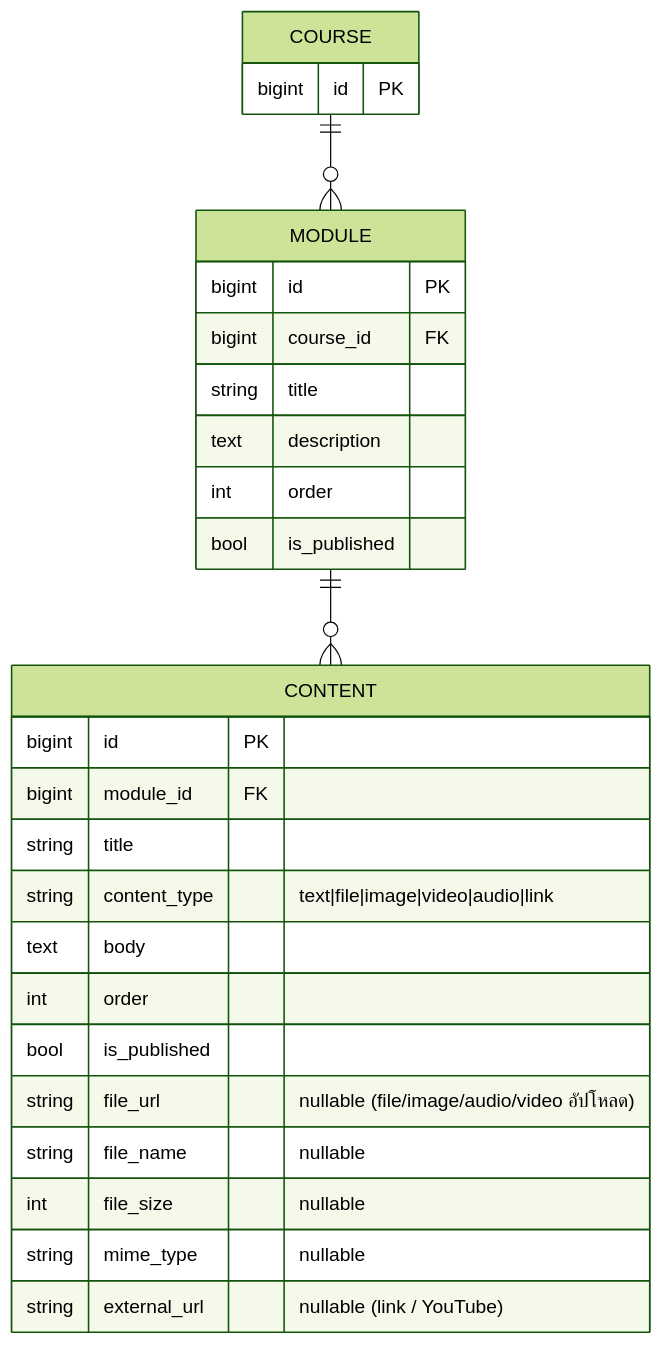
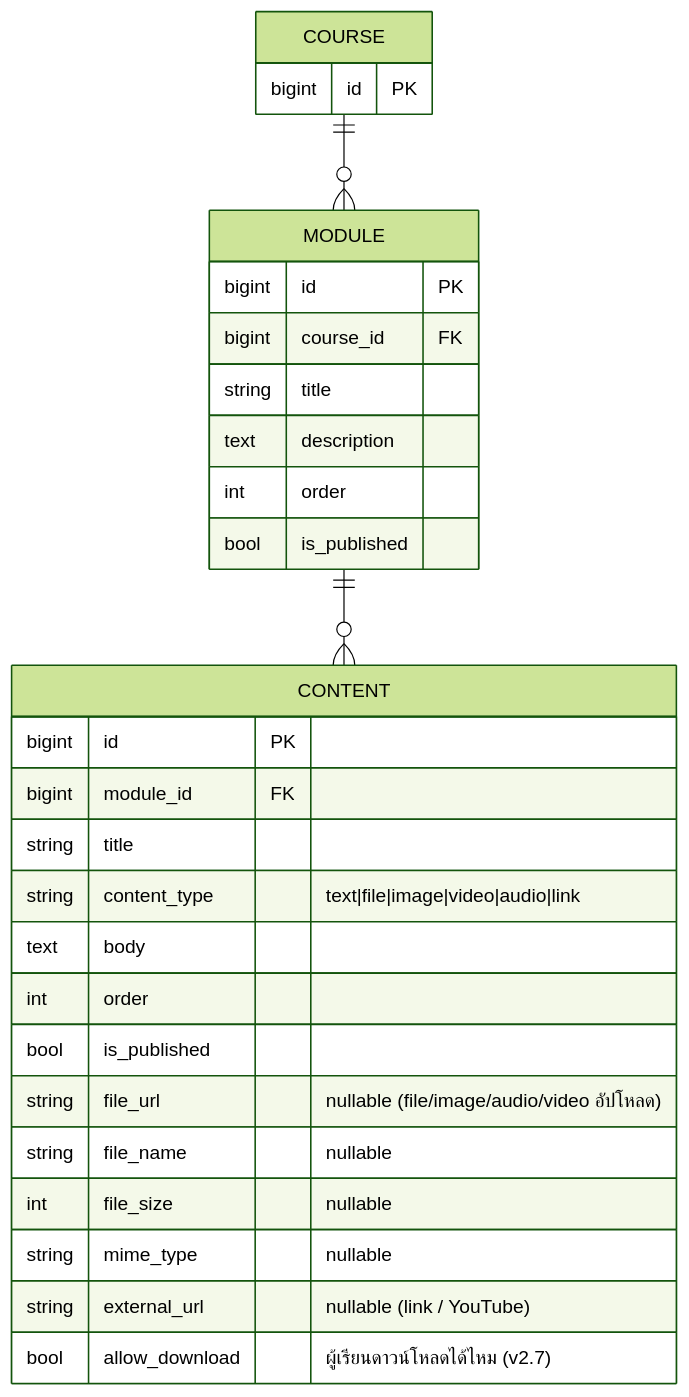
The third of 7 diagrams in docs/database-erd.md (AtipatSuttatham/Mangosteen_Campus_204491), drawn with Mermaid (forest theme) before and after one commit. The commit also changed 5 other files, not shown here.

````diff
--- a/docs/database-erd.md
+++ b/docs/database-erd.md
@@ -83,30 +83,31 @@
 ```mermaid
 erDiagram
     COURSE {
         bigint id PK
     }
     MODULE {
         bigint id PK
         bigint course_id FK
         string title
         text   description
         int    order
         bool   is_published
     }
     CONTENT {
         bigint   id PK
         bigint   module_id FK
         string   title
         string   content_type "text|file|image|video|audio|link"
         text     body
         int      order
         bool     is_published
         string   file_url "nullable (file/image/audio/video อัปโหลด)"
         string   file_name "nullable"
         int      file_size "nullable"
         string   mime_type "nullable"
         string   external_url "nullable (link / YouTube)"
+        bool     allow_download "ผู้เรียนดาวน์โหลดได้ไหม (v2.7)"
     }
     COURSE ||--o{ MODULE  : ""
     MODULE ||--o{ CONTENT : ""
 ```
````
